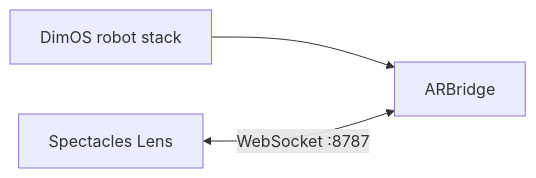
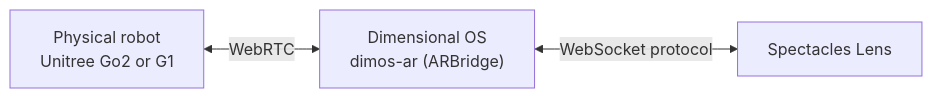
One commit to V4C38/spectacles-dimensional-os changed the first of 2 diagrams in README.md. Above: the diagram before and after it, drawn with Mermaid. The commit also changed other lines of this file and 18 other files, not shown here.

````diff
--- a/README.md
+++ b/README.md
@@ -20,5 +140,5 @@
 ```mermaid
 flowchart LR
-  DimOS[DimOS robot stack] --> Bridge[ARBridge]
-  Lens[Spectacles Lens] <-->|"WebSocket :8787"| Bridge
+  Robot["Physical robot<br>Unitree Go2 or G1"] <-->|"WebRTC"| Bridge["Dimensional OS <br> dimos-ar (ARBridge)"]
+  Bridge <-->|"WebSocket protocol"| Lens["Spectacles Lens"]
 ```
````
